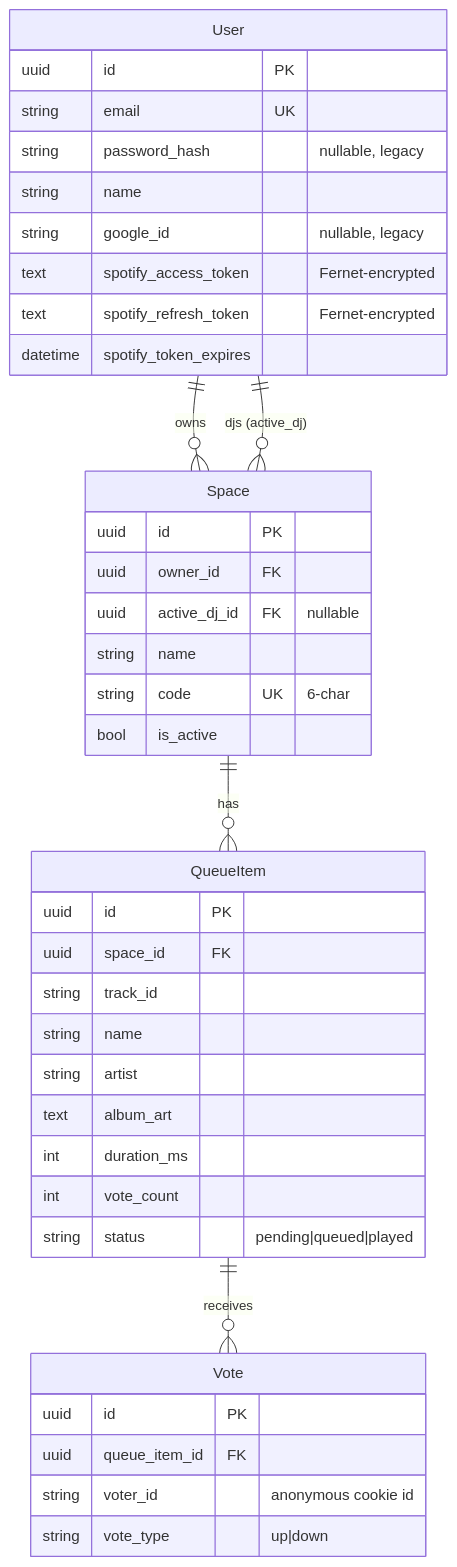
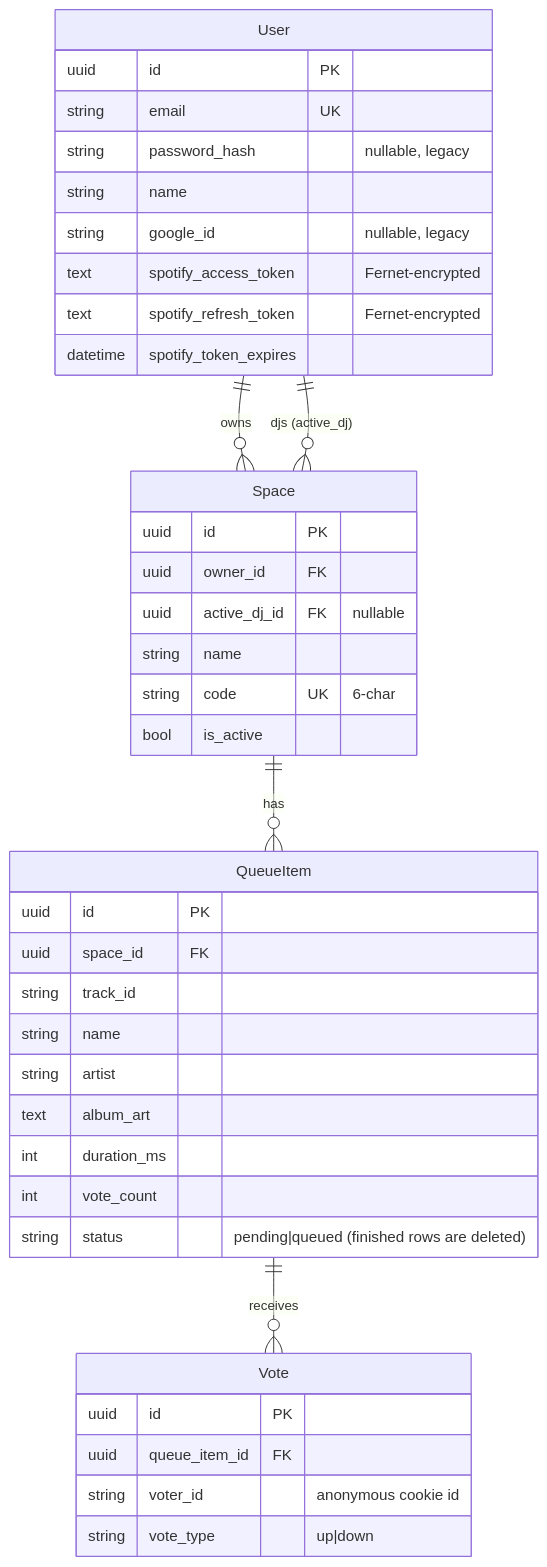
The second of 2 diagrams in ARCHITECTURE.md (surpha/social-jukebox), drawn with Mermaid before and after one commit. The commit also changed other lines of this file and 3 other files, not shown here.

````diff
--- a/ARCHITECTURE.md
+++ b/ARCHITECTURE.md
@@ -84,43 +84,43 @@
 ```mermaid
 erDiagram
     User ||--o{ Space : owns
     User ||--o{ Space : "djs (active_dj)"
     Space ||--o{ QueueItem : has
     QueueItem ||--o{ Vote : receives
 
     User {
         uuid id PK
         string email UK
         string password_hash "nullable, legacy"
         string name
         string google_id "nullable, legacy"
         text spotify_access_token "Fernet-encrypted"
         text spotify_refresh_token "Fernet-encrypted"
         datetime spotify_token_expires
     }
     Space {
         uuid id PK
         uuid owner_id FK
         uuid active_dj_id FK "nullable"
         string name
         string code UK "6-char"
         bool is_active
     }
     QueueItem {
         uuid id PK
         uuid space_id FK
         string track_id
         string name
         string artist
         text album_art
         int duration_ms
         int vote_count
-        string status "pending|queued|played"
+        string status "pending|queued (finished rows are deleted)"
     }
     Vote {
         uuid id PK
         uuid queue_item_id FK
         string voter_id "anonymous cookie id"
         string vote_type "up|down"
     }
 ```
````
